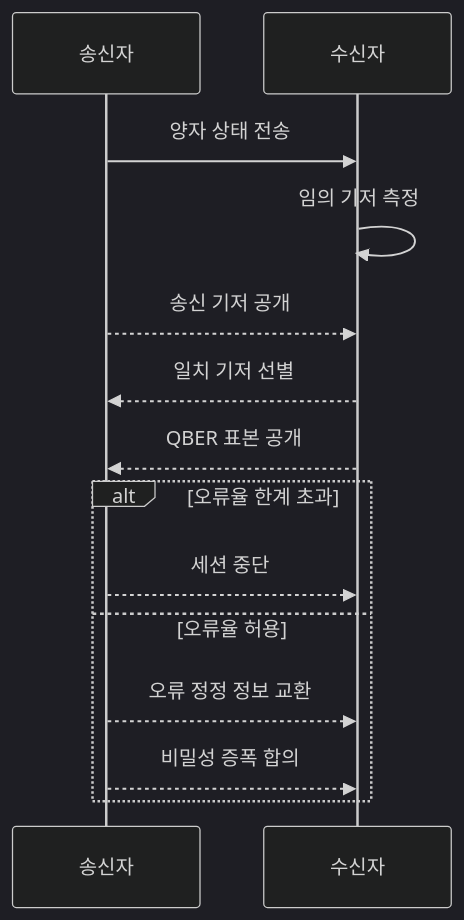
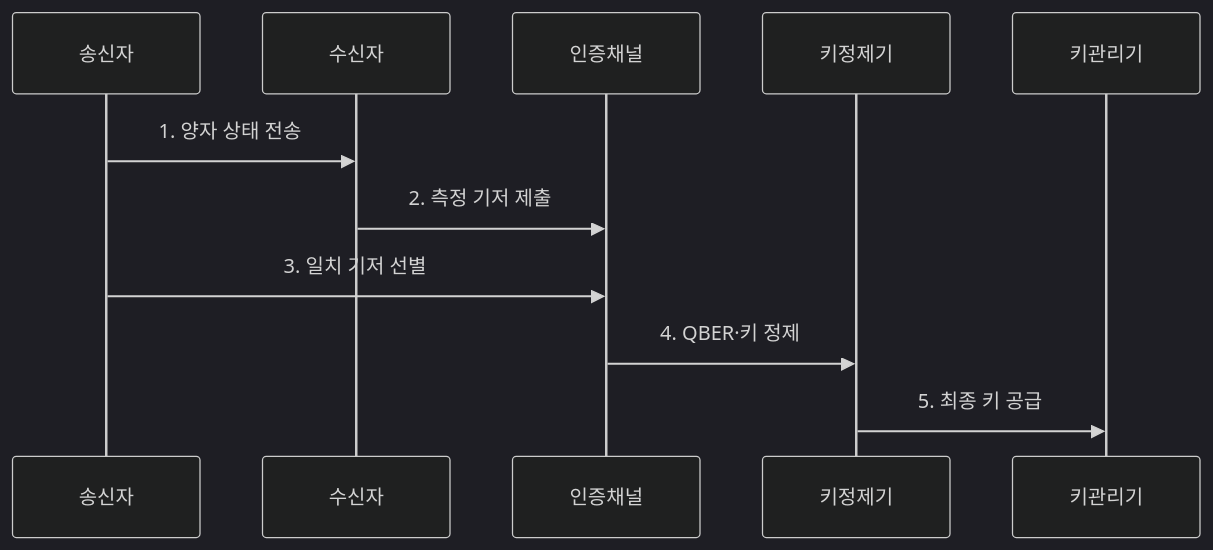
The second of 2 diagrams in src/content/docs/notes/04-network/100_quantum_key_distribution.md (agnusdei1207/knowledge-base), drawn with Mermaid (dark theme) before and after one commit. The commit also changed other lines of this file and 21 other files, not shown here.

````diff
--- a/src/content/docs/notes/04-network/100_quantum_key_distribution.md
+++ b/src/content/docs/notes/04-network/100_quantum_key_distribution.md
@@ -81,16 +81,13 @@
 ```mermaid
 sequenceDiagram
     participant 송신자
     participant 수신자
-    송신자->>수신자: 양자 상태 전송
-    수신자->>수신자: 임의 기저 측정
-    송신자-->>수신자: 송신 기저 공개
-    수신자-->>송신자: 일치 기저 선별
-    수신자-->>송신자: QBER 표본 공개
-    alt 오류율 한계 초과
-        송신자-->>수신자: 세션 중단
-    else 오류율 허용
-        송신자-->>수신자: 오류 정정 정보 교환
-        송신자-->>수신자: 비밀성 증폭 합의
-    end
+    participant 인증채널
+    participant 키정제기
+    participant 키관리기
+    송신자->>수신자: 1. 양자 상태 전송
+    수신자->>인증채널: 2. 측정 기저 제출
+    송신자->>인증채널: 3. 일치 기저 선별
+    인증채널->>키정제기: 4. QBER·키 정제
+    키정제기->>키관리기: 5. 최종 키 공급
 ```
````
